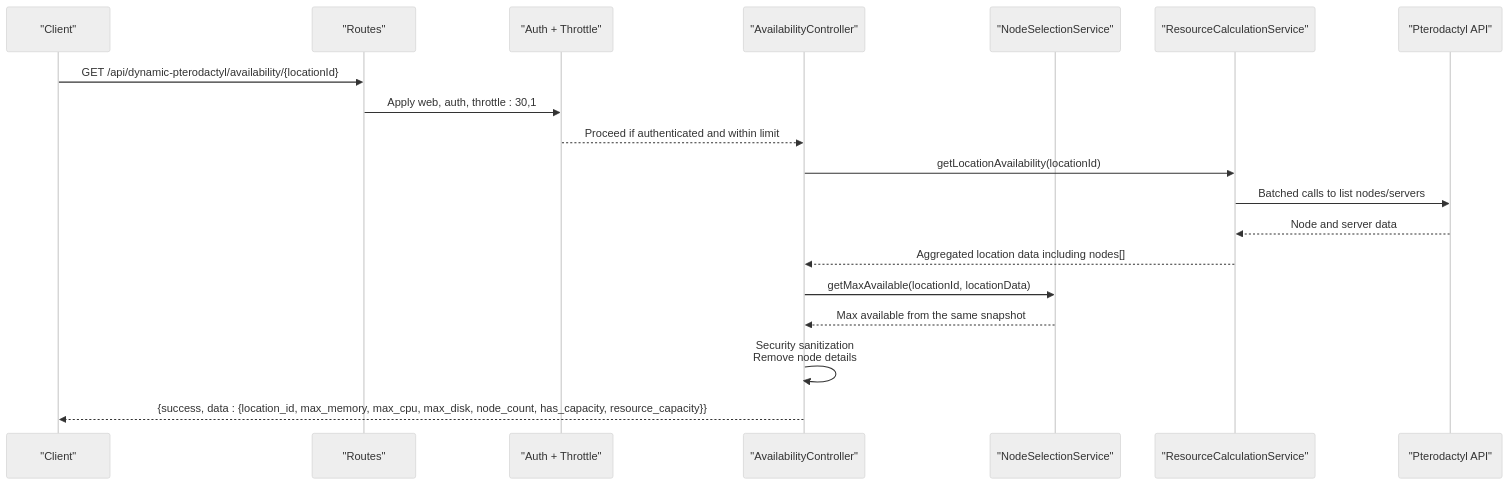
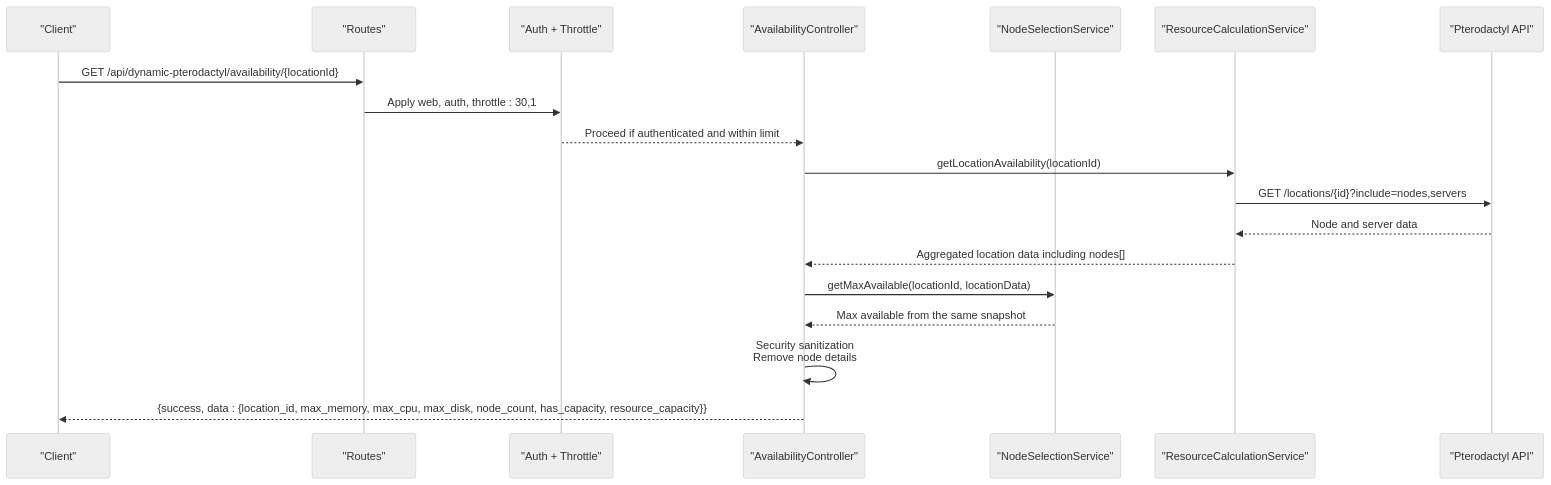
One commit to ObsidianNetwork/dynamic-pterodactyl changed the second of 5 diagrams in .qoder/repowiki/en/content/API Reference/Public API Endpoints/Availability Endpoints.md. Above: the diagram before and after it, drawn with Mermaid (neutral theme). The commit also changed other lines of this file and 2 other files, not shown here.

````diff
--- a/.qoder/repowiki/en/content/API Reference/Public API Endpoints/Availability Endpoints.md
+++ b/.qoder/repowiki/en/content/API Reference/Public API Endpoints/Availability Endpoints.md
@@ -88,21 +88,21 @@
 ```mermaid
 sequenceDiagram
 participant C as "Client"
 participant R as "Routes"
 participant M as "Auth + Throttle"
 participant A as "AvailabilityController"
 participant N as "NodeSelectionService"
 participant S as "ResourceCalculationService"
 participant P as "Pterodactyl API"
 C->>R : GET /api/dynamic-pterodactyl/availability/{locationId}
 R->>M : Apply web, auth, throttle : 30,1
 M-->>A : Proceed if authenticated and within limit
 A->>S : getLocationAvailability(locationId)
-S->>P : Batched calls to list nodes/servers
+S->>P : GET /locations/{id}?include=nodes,servers
 P-->>S : Node and server data
 S-->>A : Aggregated location data including nodes[]
 A->>N : getMaxAvailable(locationId, locationData)
 N-->>A : Max available from the same snapshot
 A->>A : Security sanitization<br/>Remove node details
 A-->>C : {success, data : {location_id, max_memory, max_cpu, max_disk, node_count, has_capacity, resource_capacity}}
 ```
````
